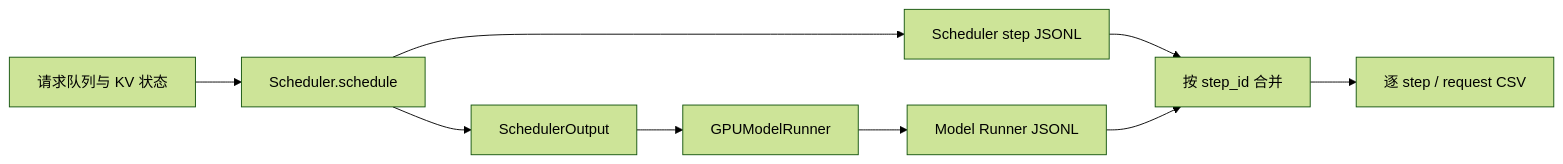
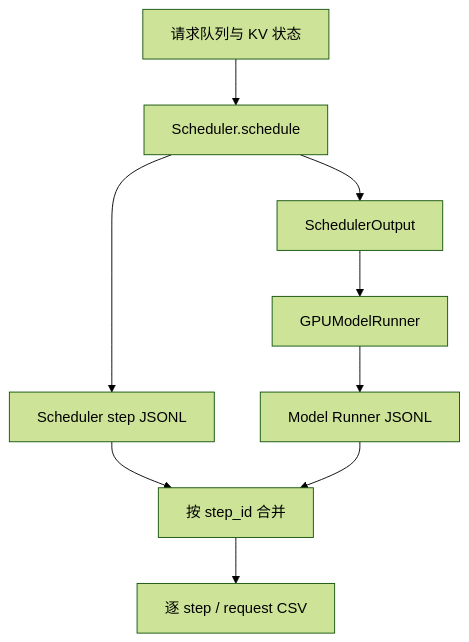
Before and after one commit to Xiaoda11/vllm-scheduler-trace-lab: the diagram in docs/trace_design.md, drawn with Mermaid (forest theme). The commit also changed other lines of this file and 6 other files, not shown here.

````diff
--- a/docs/trace_design.md
+++ b/docs/trace_design.md
@@ -7,11 +10,11 @@
 ```mermaid
-flowchart LR
+flowchart TD
     A[请求队列与 KV 状态] --> B[Scheduler.schedule]
     B --> C[Scheduler step JSONL]
     B --> D[SchedulerOutput]
     D --> E[GPUModelRunner]
     E --> F[Model Runner JSONL]
     C --> G[按 step_id 合并]
     F --> G
     G --> H[逐 step / request CSV]
 ```
````
